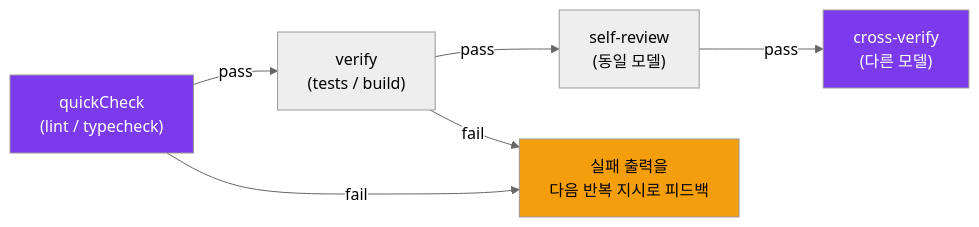
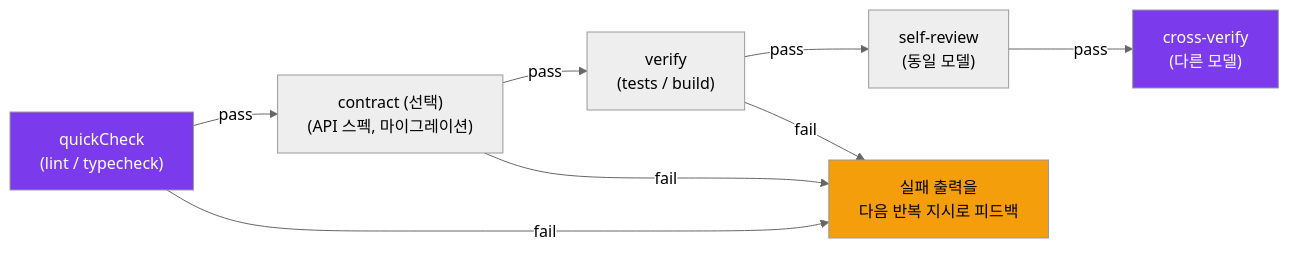
One commit to Hoya324/oh-my-harness changed the second of 2 diagrams in docs/loop.ko.md. Above: the diagram before and after it, drawn with Mermaid (neutral theme). The commit also changed other lines of this file and 18 other files, not shown here.

````diff
--- a/docs/loop.ko.md
+++ b/docs/loop.ko.md
@@ -97,11 +97,13 @@
 ```mermaid
 graph LR
-    QC["quickCheck<br/>(lint / typecheck)"] -->|pass| V["verify<br/>(tests / build)"]
+    QC["quickCheck<br/>(lint / typecheck)"] -->|pass| CT["contract (선택)<br/>(API 스펙, 마이그레이션)"]
+    CT -->|pass| V["verify<br/>(tests / build)"]
+    CT -->|fail| FB
     V -->|pass| SR["self-review<br/>(동일 모델)"]
     SR -->|pass| CV["cross-verify<br/>(다른 모델)"]
     QC -->|fail| FB["실패 출력을<br/>다음 반복 지시로 피드백"]
     V -->|fail| FB
     style QC fill:#7C3AED,color:#fff
     style CV fill:#7C3AED,color:#fff
     style FB fill:#f59e0b,color:#000
 ```
````
